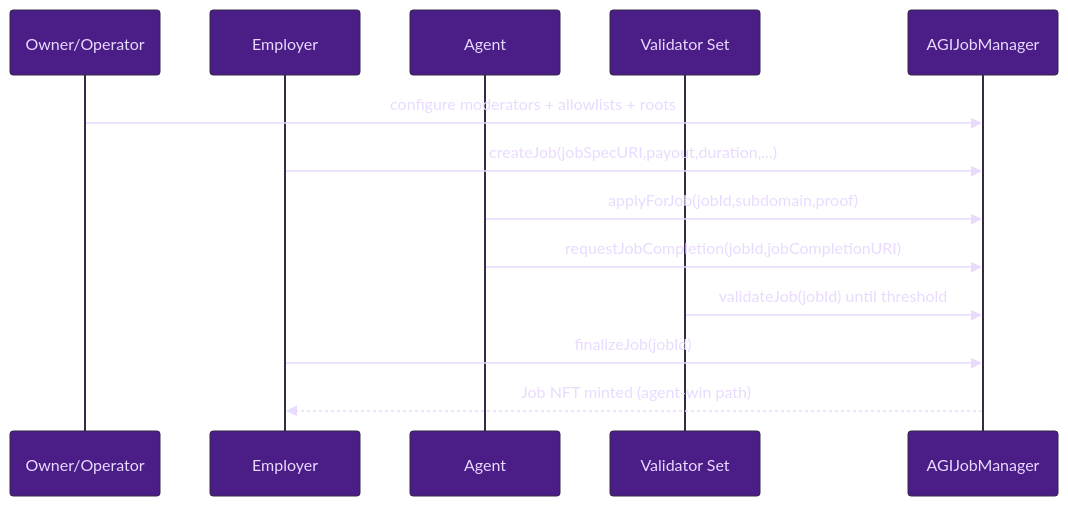
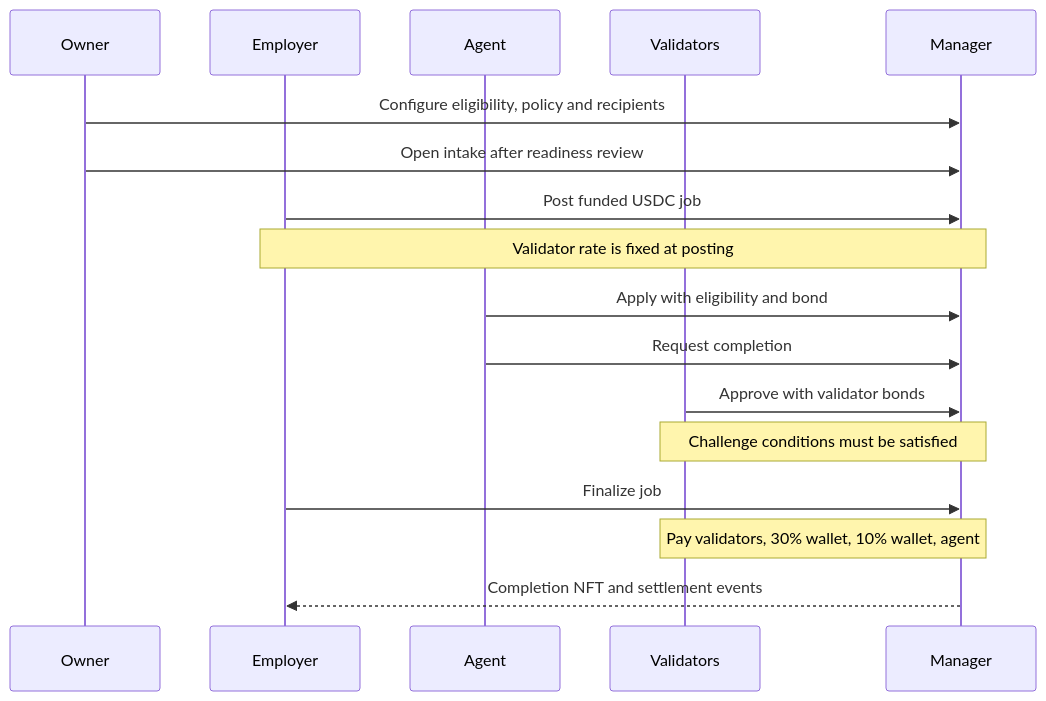
One commit to MontrealAI/AGIJobManager changed the first of 2 diagrams in docs/QUINTESSENTIAL_USE_CASE.md. Above: the diagram before and after it, drawn with Mermaid. The commit also changed other lines of this file and 132 other files, not shown here.

````diff
--- a/docs/QUINTESSENTIAL_USE_CASE.md
+++ b/docs/QUINTESSENTIAL_USE_CASE.md
@@ -39,17 +94,19 @@
 ```mermaid
-%%{init: {"theme":"base","themeVariables":{"fontFamily":"ui-sans-serif, system-ui, -apple-system, Segoe UI, Roboto, Arial","background":"#14001F","primaryColor":"#4B1D86","primaryTextColor":"#E9DAFF","lineColor":"#7A3FF2","tertiaryColor":"#1B0B2A","noteBkgColor":"#1B0B2A","noteTextColor":"#E9DAFF"}}}%%
 sequenceDiagram
-  participant O as Owner/Operator
+  participant O as Owner
   participant E as Employer
   participant A as Agent
-  participant V as Validator Set
-  participant C as AGIJobManager
-
-  O->>C: configure moderators + allowlists + roots
-  E->>C: createJob(jobSpecURI,payout,duration,...)
-  A->>C: applyForJob(jobId,subdomain,proof)
-  A->>C: requestJobCompletion(jobId,jobCompletionURI)
-  V->>C: validateJob(jobId) until threshold
-  E->>C: finalizeJob(jobId)
-  C-->>E: Job NFT minted (agent-win path)
+  participant V as Validators
+  participant C as Manager
+  O->>C: Configure eligibility, policy and recipients
+  O->>C: Open intake after readiness review
+  E->>C: Post funded USDC job
+  Note over E,C: Validator rate is fixed at posting
+  A->>C: Apply with eligibility and bond
+  A->>C: Request completion
+  V->>C: Approve with validator bonds
+  Note over V,C: Challenge conditions must be satisfied
+  E->>C: Finalize job
+  Note over V,C: Pay validators, 30% wallet, 10% wallet, agent
+  C-->>E: Completion NFT and settlement events
 ```
````
